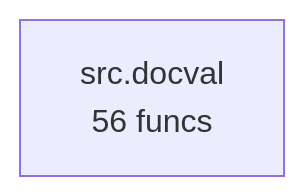
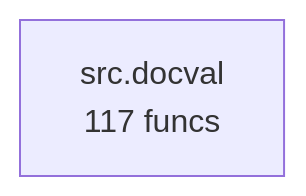
One commit to semcod/docval changed the diagram in project/compact_flow.mmd. Above: the diagram before and after it, drawn with Mermaid. The commit also changed 26 other files, not shown here.

```diff
--- a/project/compact_flow.mmd
+++ b/project/compact_flow.mmd
@@ -1,2 +1,2 @@
 flowchart TD
-    src__docval["src.docval<br/>56 funcs"]
+    src__docval["src.docval<br/>117 funcs"]
```
